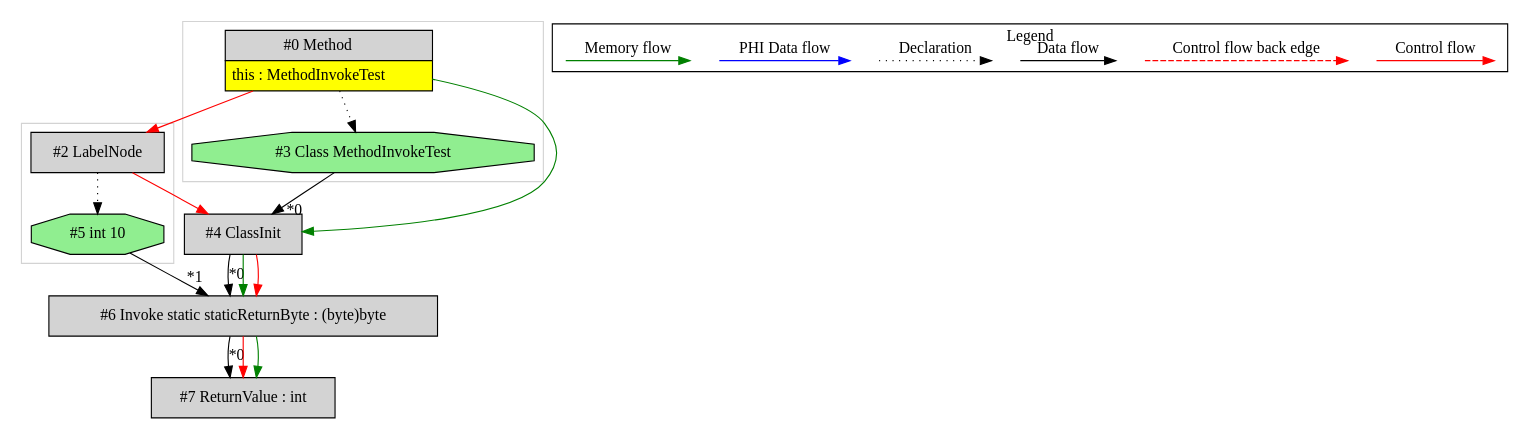
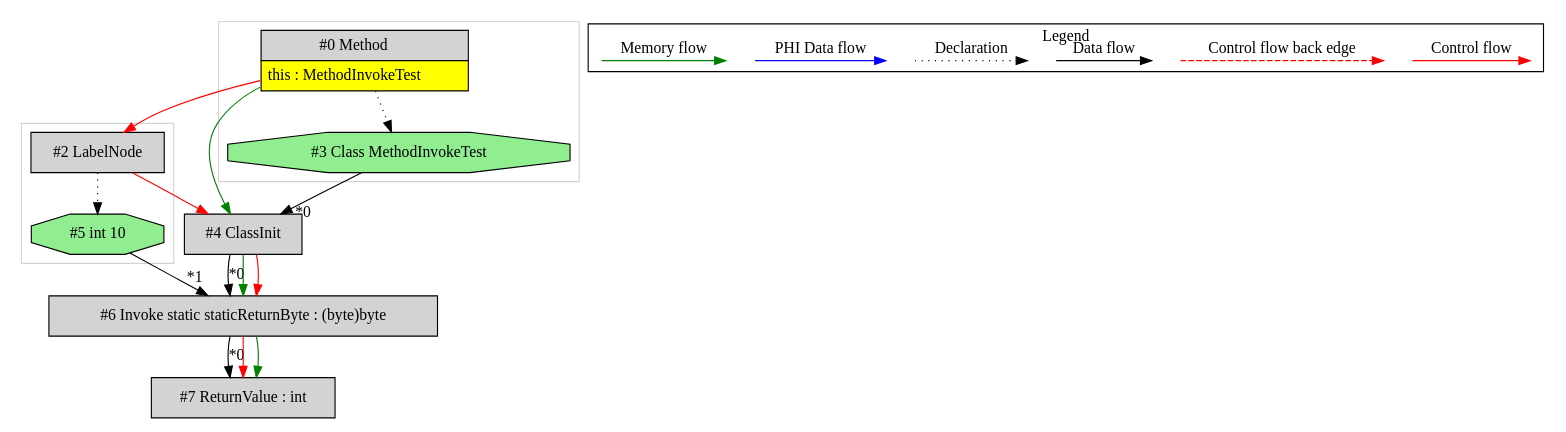
The diagram in de.mirkosertic.metair.ir.examples.MethodInvokeTest/returnByte/ir.dot (mirkosertic/MetaIR), drawn with Graphviz before and after one commit. The commit also changed other lines of this file and 868 other files, not shown here.

```diff
--- a/de.mirkosertic.metair.ir.examples.MethodInvokeTest/returnByte/ir.dot
+++ b/de.mirkosertic.metair.ir.examples.MethodInvokeTest/returnByte/ir.dot
@@ -1,59 +1,59 @@
 digraph {
  ordering="in";
  node0[margin="0", label=<<table border="0" cellborder="1" cellspacing="0" cellpadding="5"><tr><td colspan="1">#0 Method</td></tr><tr><td port="prj1" bgcolor="yellow">this : MethodInvokeTest</td></tr></table>>,shape=none, fillcolor=lightgrey, style=filled];
+ node4[label="#4 ClassInit",shape=box, fillcolor=lightgrey, style=filled];
+ node3 -> node4[headlabel="*0", labeldistance=2];
+ node0 -> node4[labeldistance=2, color=green, constraint=false];
+ node2 -> node4[labeldistance=2, color=red, fontcolor=red];
  node2[label="#2 LabelNode",shape=box, fillcolor=lightgrey, style=filled];
  node0 -> node2[labeldistance=2, color=red, fontcolor=red];
  node5[label="#5 int 10",shape=octagon, fillcolor=lightgreen, style=filled];
  node2 -> node5[style=dotted];
  node6[label="#6 Invoke static staticReturnByte : (byte)byte",shape=box, fillcolor=lightgrey, style=filled];
  node4 -> node6[headlabel="*0", labeldistance=2];
  node5 -> node6[headlabel="*1", labeldistance=2];
  node4 -> node6[labeldistance=2, color=green, constraint=false];
  node4 -> node6[labeldistance=2, color=red, fontcolor=red];
- node4[label="#4 ClassInit",shape=box, fillcolor=lightgrey, style=filled];
- node3 -> node4[headlabel="*0", labeldistance=2];
- node0 -> node4[labeldistance=2, color=green, constraint=false];
- node2 -> node4[labeldistance=2, color=red, fontcolor=red];
- node3[label="#3 Class MethodInvokeTest",shape=octagon, fillcolor=lightgreen, style=filled];
- node0 -> node3[style=dotted];
  node7[label="#7 ReturnValue : int",shape=box, fillcolor=lightgrey, style=filled];
  node6 -> node7[headlabel="*0", labeldistance=2];
  node6 -> node7[labeldistance=2, color=red, fontcolor=red];
  node6 -> node7[labeldistance=2, color=green, constraint=false];
+ node3[label="#3 Class MethodInvokeTest",shape=octagon, fillcolor=lightgreen, style=filled];
+ node0 -> node3[style=dotted];
  subgraph cluster_0 {
+  color=lightgray;
+  node2;
+  node5;
+ }
+ subgraph cluster_1 {
   color=lightgray;
   node0;
   node3;
- }
- subgraph cluster_1 {
-  color=lightgray;
-  node2;
-  node5;
  }
  subgraph cluster_000 {
   label = "Legend";
   node [shape=point]
   {
    rank=same;
    c0 [style = invis];
    c1 [style = invis];
    c2 [style = invis];
    c3 [style = invis];
    d0 [style = invis];
    d1 [style = invis];
    d2 [style = invis];
    d3 [style = invis];
    d4 [style = invis];
    d5 [style = invis];
    d6 [style = invis];
    d7 [style = invis];
   }
   c0 -> c1 [label="Control flow", style=solid, color=red]
   c2 -> c3 [label="Control flow back edge", style=dashed, color=red]
   d0 -> d1 [label="Data flow"]
   d2 -> d3 [label="Declaration", style=dotted]
   d4 -> d5 [label="PHI Data flow", color=blue]
   d6 -> d7 [label="Memory flow", color=green]
  }
 
 }
```
